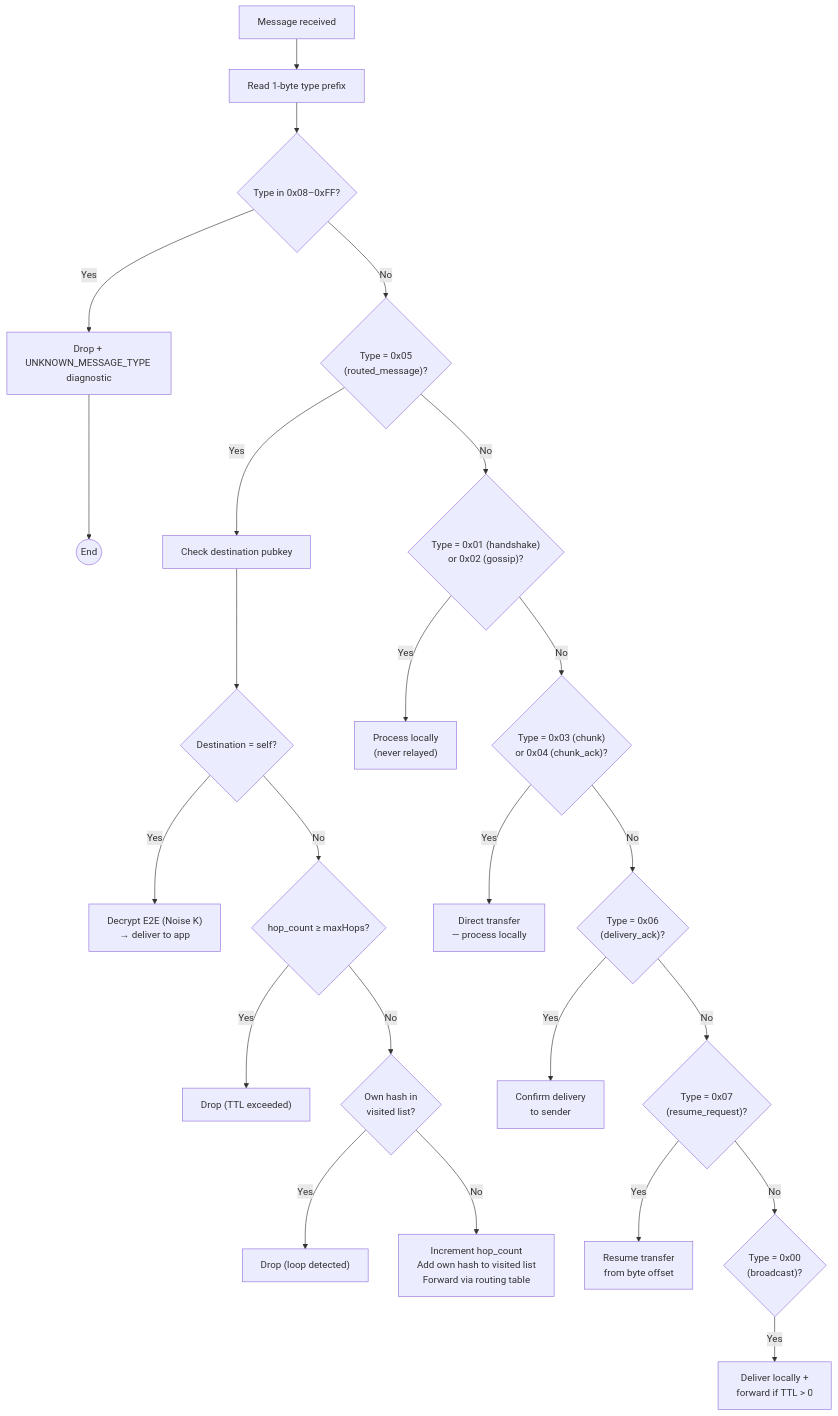
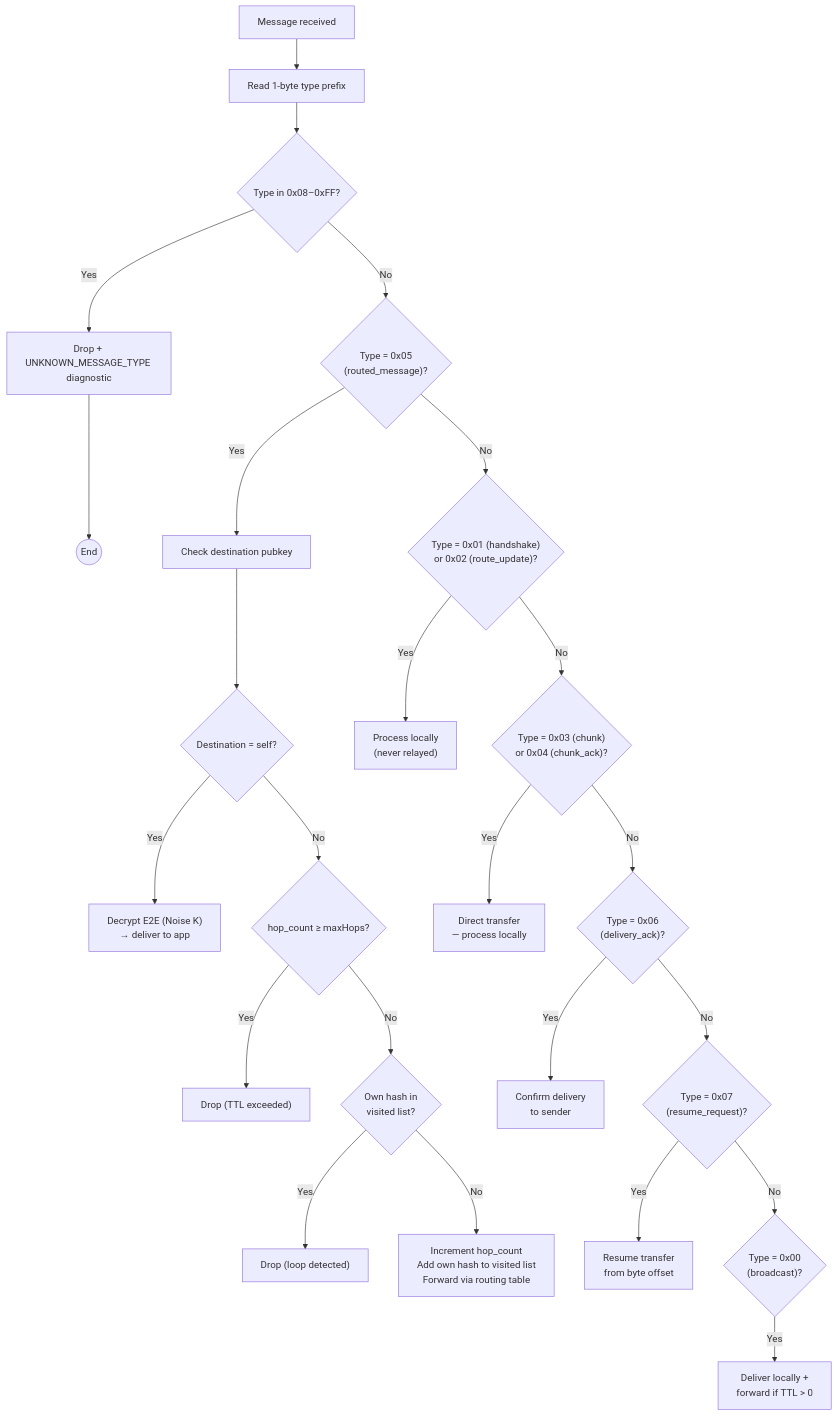
The first of 17 diagrams in docs/design.md (trancee/MeshLink), drawn with Mermaid before and after one commit. The commit also changed other lines of this file and 5 other files, not shown here.

````diff
--- a/docs/design.md
+++ b/docs/design.md
@@ -107,34 +107,34 @@
 ```mermaid
 flowchart TD
     Start["Message received"] --> ReadType["Read 1-byte type prefix"]
 
     ReadType --> ReservedCheck{"Type in 0x08–0xFF?"}
     ReservedCheck -- Yes --> DropUnknown["Drop + UNKNOWN_MESSAGE_TYPE diagnostic"]
     DropUnknown --> End1(("End"))
 
     ReservedCheck -- No --> IsRouted{"Type = 0x05\n(routed_message)?"}
 
     IsRouted -- Yes --> CheckDest["Check destination pubkey"]
     CheckDest --> IsSelf{"Destination = self?"}
     IsSelf -- Yes --> DecryptE2E["Decrypt E2E (Noise K)\n→ deliver to app"]
     IsSelf -- No --> CheckHops{"hop_count ≥ maxHops?"}
     CheckHops -- Yes --> DropTTL["Drop (TTL exceeded)"]
     CheckHops -- No --> CheckLoop{"Own hash in\nvisited list?"}
     CheckLoop -- Yes --> DropLoop["Drop (loop detected)"]
     CheckLoop -- No --> Forward["Increment hop_count\nAdd own hash to visited list\nForward via routing table"]
 
-    IsRouted -- No --> IsHandshakeGossip{"Type = 0x01 (handshake)\nor 0x02 (gossip)?"}
-    IsHandshakeGossip -- Yes --> ProcessLocal["Process locally\n(never relayed)"]
+    IsRouted -- No --> IsHandshakeControl{"Type = 0x01 (handshake)\nor 0x02 (route_update)?"}
+    IsHandshakeControl -- Yes --> ProcessLocal["Process locally\n(never relayed)"]
 
-    IsHandshakeGossip -- No --> IsChunk{"Type = 0x03 (chunk)\nor 0x04 (chunk_ack)?"}
+    IsHandshakeControl -- No --> IsChunk{"Type = 0x03 (chunk)\nor 0x04 (chunk_ack)?"}
     IsChunk -- Yes --> DirectTransfer["Direct transfer\n— process locally"]
 
     IsChunk -- No --> IsDeliveryAck{"Type = 0x06\n(delivery_ack)?"}
     IsDeliveryAck -- Yes --> ConfirmDelivery["Confirm delivery\nto sender"]
 
     IsDeliveryAck -- No --> IsResume{"Type = 0x07\n(resume_request)?"}
     IsResume -- Yes --> ResumeTransfer["Resume transfer\nfrom byte offset"]
 
     IsResume -- No --> IsBroadcast{"Type = 0x00\n(broadcast)?"}
     IsBroadcast -- Yes --> Broadcast["Deliver locally +\nforward if TTL > 0"]
 ```
````
